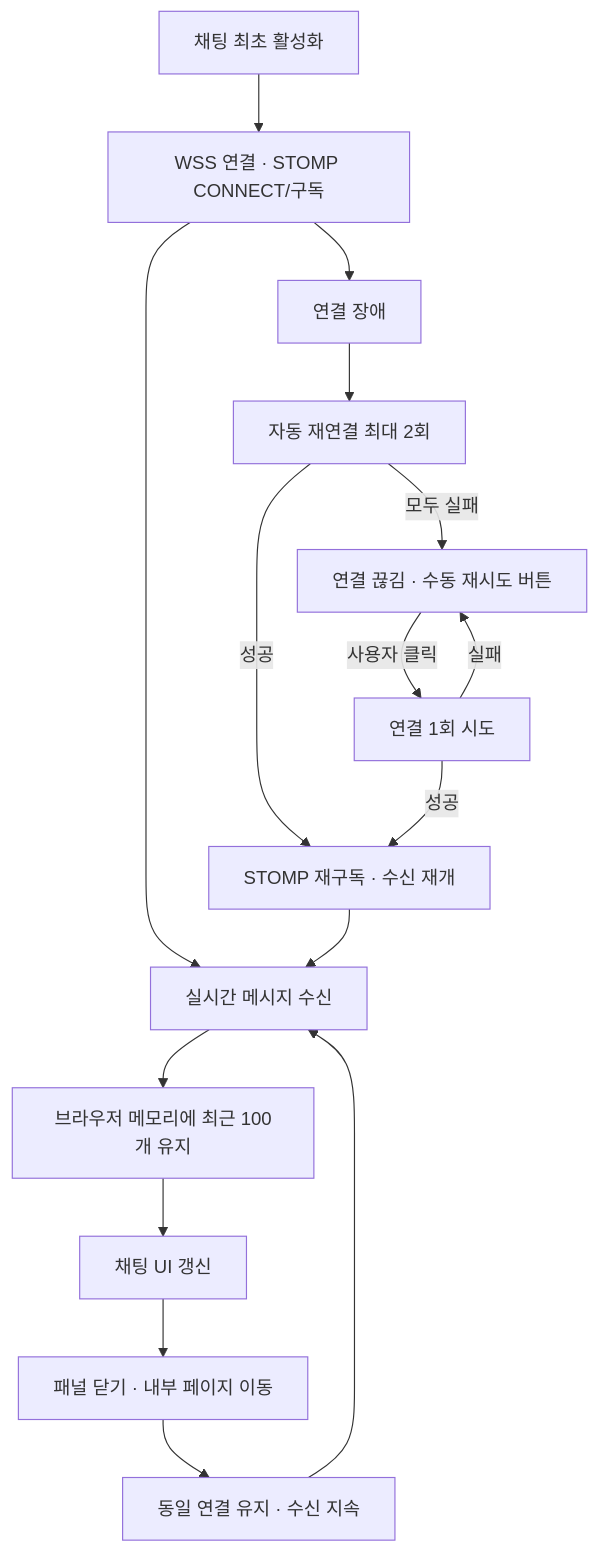
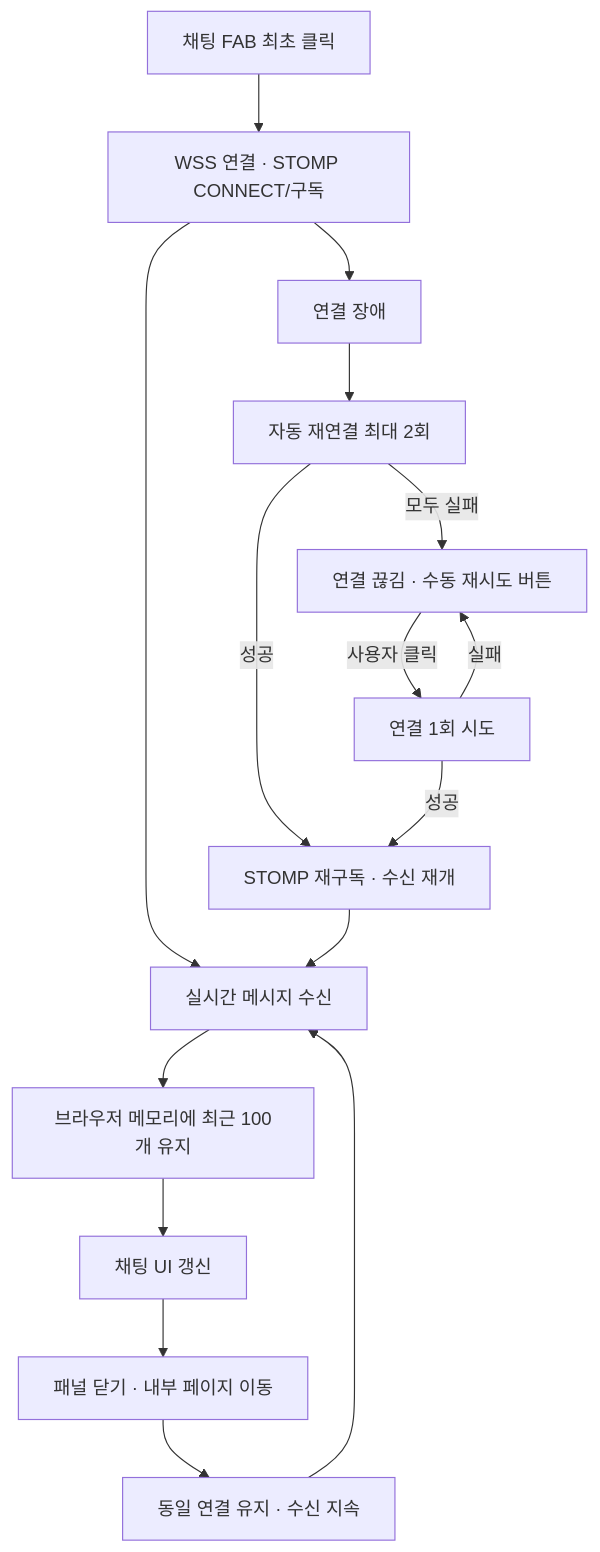
Before and after one commit to today-fish/today-fish-docs: the first of 2 diagrams in MVP/architecture/frontend/adr/FE-ADR-008-실시간-채팅-WebSocket-연결-전략.md, drawn with Mermaid. The commit also changed other lines of this file and 14 other files, not shown here.

First line of the commit message:
docs: 익명 인증·채팅 명세 및 ERD 갱신

````diff
--- a/MVP/architecture/frontend/adr/FE-ADR-008-실시간-채팅-WebSocket-연결-전략.md
+++ b/MVP/architecture/frontend/adr/FE-ADR-008-실시간-채팅-WebSocket-연결-전략.md
@@ -42,18 +44,18 @@
 ```mermaid
 flowchart TD
-    A["채팅 최초 활성화"] --> B["WSS 연결 · STOMP CONNECT/구독"]
+    A["채팅 FAB 최초 클릭"] --> B["WSS 연결 · STOMP CONNECT/구독"]
     B --> C["실시간 메시지 수신"]
     C --> D["브라우저 메모리에 최근 100개 유지"]
     D --> E["채팅 UI 갱신"]
     E --> F["패널 닫기 · 내부 페이지 이동"]
     F --> G["동일 연결 유지 · 수신 지속"]
     G --> C
     B --> H["연결 장애"]
     H --> I["자동 재연결 최대 2회"]
     I -->|성공| J["STOMP 재구독 · 수신 재개"]
     J --> C
     I -->|모두 실패| K["연결 끊김 · 수동 재시도 버튼"]
     K -->|사용자 클릭| L["연결 1회 시도"]
     L -->|성공| J
     L -->|실패| K
 ```
````
